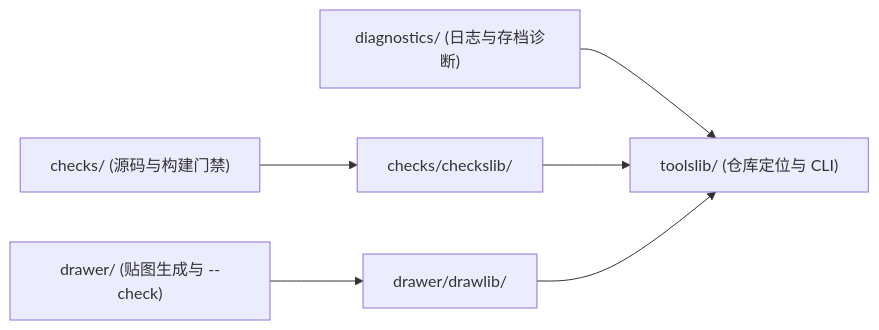
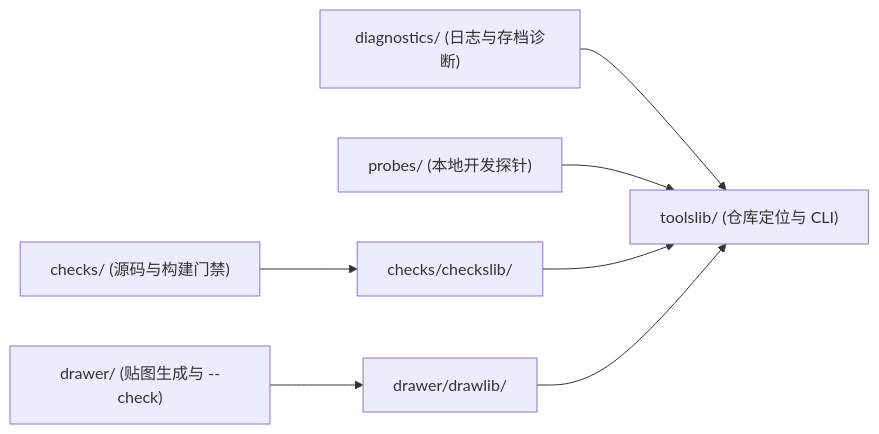
The diagram in tools/README.md (meteoritel/unsuspicious-block), drawn with Mermaid before and after one commit. The commit also changed other lines of this file and 33 other files, not shown here.

````diff
--- a/tools/README.md
+++ b/tools/README.md
@@ -14,8 +15,9 @@
 ```mermaid
 flowchart LR
     CK["checks/ (源码与构建门禁)"] --> CL["checks/checkslib/"]
     DR["drawer/ (贴图生成与 --check)"] --> DL["drawer/drawlib/"]
     DG["diagnostics/ (日志与存档诊断)"] --> TL["toolslib/ (仓库定位与 CLI)"]
+    PR["probes/ (本地开发探针)"] --> TL
     CL --> TL
     DL --> TL
 ```
````
